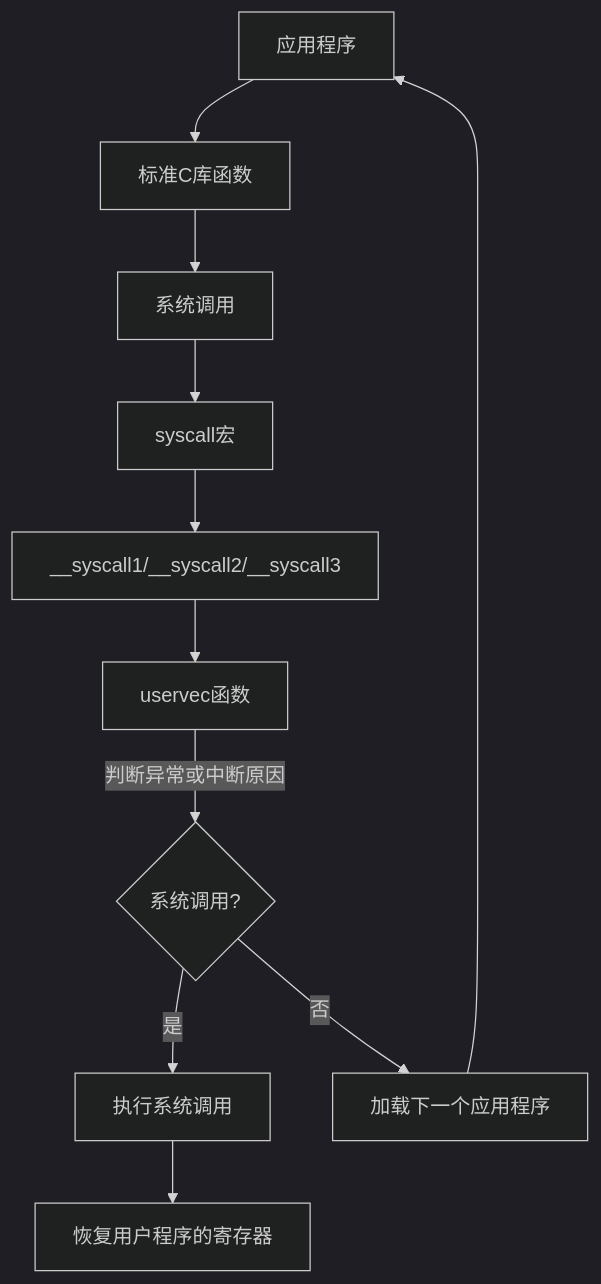
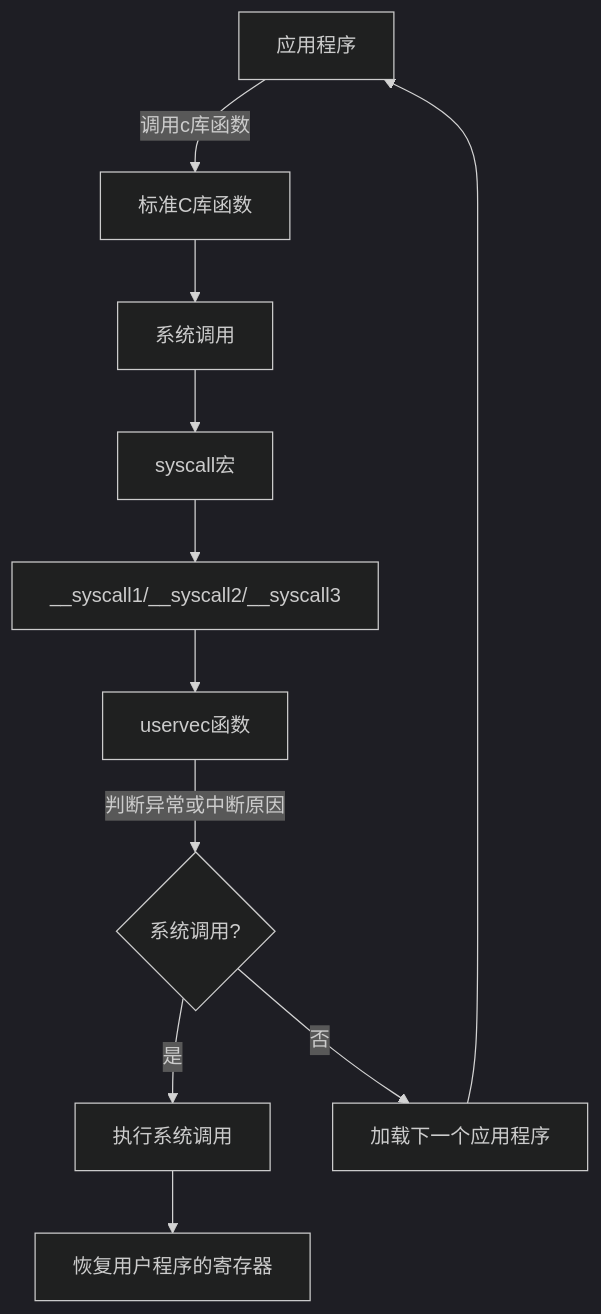
Before and after one commit to WoodHolz/notes: the fourth of 4 diagrams in 操作系统比赛/第3章文档.md, drawn with Mermaid (dark theme). The commit also changed other lines of this file, not shown here.

````diff
--- a/操作系统比赛/第3章文档.md
+++ b/操作系统比赛/第3章文档.md
@@ -166,13 +166,13 @@
 ``` mermaid
 graph TB
-A[应用程序] --> B[标准C库函数]
+A[应用程序] --调用c库函数--> B[标准C库函数]
 B --> C[系统调用]
 C --> D[syscall宏]
 D --> E[__syscall1/__syscall2/__syscall3]
 E --> F[uservec函数]
 F --> |判断异常或中断原因| G{系统调用?}
 G --> |是| H[执行系统调用]
 H --> I[恢复用户程序的寄存器]
 G --> |否| J[加载下一个应用程序]
 J --> A
 ```
````
